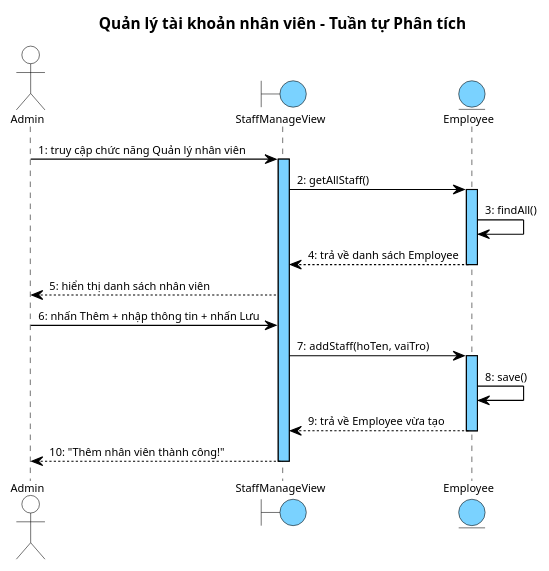
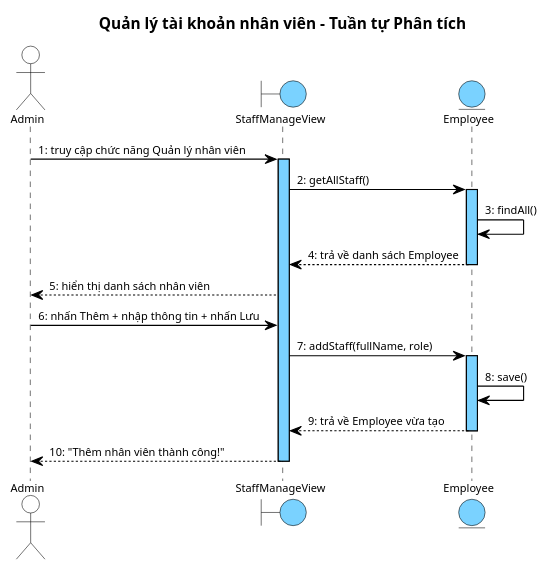
One commit to thanhtrnnn/cnpm changed the seventh of 7 diagrams in docs/tabs/section-account-ii.md. Above: the diagram before and after it, drawn with PlantUML. The commit also changed other lines of this file and 21 other files, not shown here.

````diff
--- a/docs/tabs/section-account-ii.md
+++ b/docs/tabs/section-account-ii.md
@@ -746,76 +746,76 @@
 ```plantuml
 @startuml
 skinparam shadowing false
 skinparam SequenceMessageAlign left
 
 skinparam SequenceLifeLineBackgroundColor #7AD2FF
 skinparam SequenceLifeLineBorderColor #000000
 
 <style>
 sequenceDiagram {
   Shadowing 0
   RoundCorner 0
   FontName "Arial"
   FontSize 10
   FontColor #000000
 
   participant {
     BackgroundColor #7AD2FF
     LineColor #000000
     LineThickness 1
   }
 
   actor {
     BackgroundColor transparent
     LineColor #000000
   }
   boundary {
     BackgroundColor #7AD2FF
     LineColor #000000
   }
   control {
     BackgroundColor #7AD2FF
     LineColor #000000
   }
   entity {
     BackgroundColor #7AD2FF
     LineColor #000000
   }
 
   lifeline {
     LineColor #000000
     LineStyle 5-5
   }
 
   arrow {
     LineColor #000000
     LineThickness 1
     FontSize 10
   }
 }
 </style>
 title Quản lý tài khoản nhân viên – Tuần tự Phân tích
 
 actor "Admin" as Admin
 boundary StaffManageView as B1
 entity Employee as E1
 
 Admin -> B1 : 1: truy cập chức năng Quản lý nhân viên
 activate B1
 B1 -> E1 : 2: getAllStaff()
 activate E1
 E1 -> E1 : 3: findAll()
 E1 --> B1 : 4: trả về danh sách Employee
 deactivate E1
 B1 --> Admin : 5: hiển thị danh sách nhân viên
 
 Admin -> B1 : 6: nhấn Thêm + nhập thông tin + nhấn Lưu
-B1 -> E1 : 7: addStaff(hoTen, vaiTro)
+B1 -> E1 : 7: addStaff(fullName, role)
 activate E1
 E1 -> E1 : 8: save()
 E1 --> B1 : 9: trả về Employee vừa tạo
 deactivate E1
 B1 --> Admin : 10: "Thêm nhân viên thành công!"
 deactivate B1
 @enduml
 ```
````
